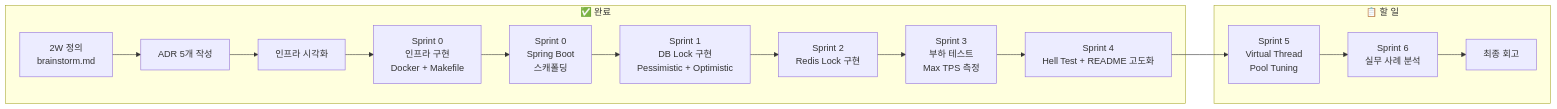
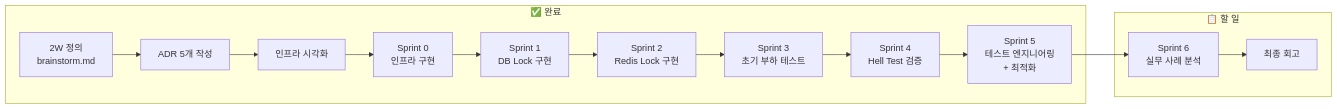
Before and after one commit to JuJin1324/concurrency-control-poc: the second of 2 diagrams in docs/planning/how-diagram.md, drawn with Mermaid. The commit also changed other lines of this file and 21 other files, not shown here.

````diff
--- a/docs/planning/how-diagram.md
+++ b/docs/planning/how-diagram.md
@@ -68,32 +68,30 @@
 ```mermaid
 flowchart LR
     subgraph Done["✅ 완료"]
         D1[2W 정의<br/>brainstorm.md]
         D2[ADR 5개 작성]
         D3[인프라 시각화]
-        D4[Sprint 0<br/>인프라 구현<br/>Docker + Makefile]
-        D5[Sprint 0<br/>Spring Boot<br/>스캐폴딩]
-        D6[Sprint 1<br/>DB Lock 구현<br/>Pessimistic + Optimistic]
-        D7[Sprint 2<br/>Redis Lock 구현]
-        D8[Sprint 3<br/>부하 테스트<br/>Max TPS 측정]
-        D9[Sprint 4<br/>Hell Test + README 고도화]
+        D4[Sprint 0<br/>인프라 구현]
+        D5[Sprint 1<br/>DB Lock 구현]
+        D6[Sprint 2<br/>Redis Lock 구현]
+        D7[Sprint 3<br/>초기 부하 테스트]
+        D8[Sprint 4<br/>Hell Test 검증]
+        D9[Sprint 5<br/>테스트 엔지니어링<br/>+ 최적화]
     end
 
     subgraph Todo["📋 할 일"]
-        T6[Sprint 5<br/>Virtual Thread<br/>Pool Tuning]
         T7[Sprint 6<br/>실무 사례 분석]
         T8[최종 회고]
     end
 
     D1 --> D2
     D2 --> D3
     D3 --> D4
     D4 --> D5
     D5 --> D6
     D6 --> D7
     D7 --> D8
     D8 --> D9
-    D9 --> T6
-    T6 --> T7
+    D9 --> T7
     T7 --> T8
 ```
````
